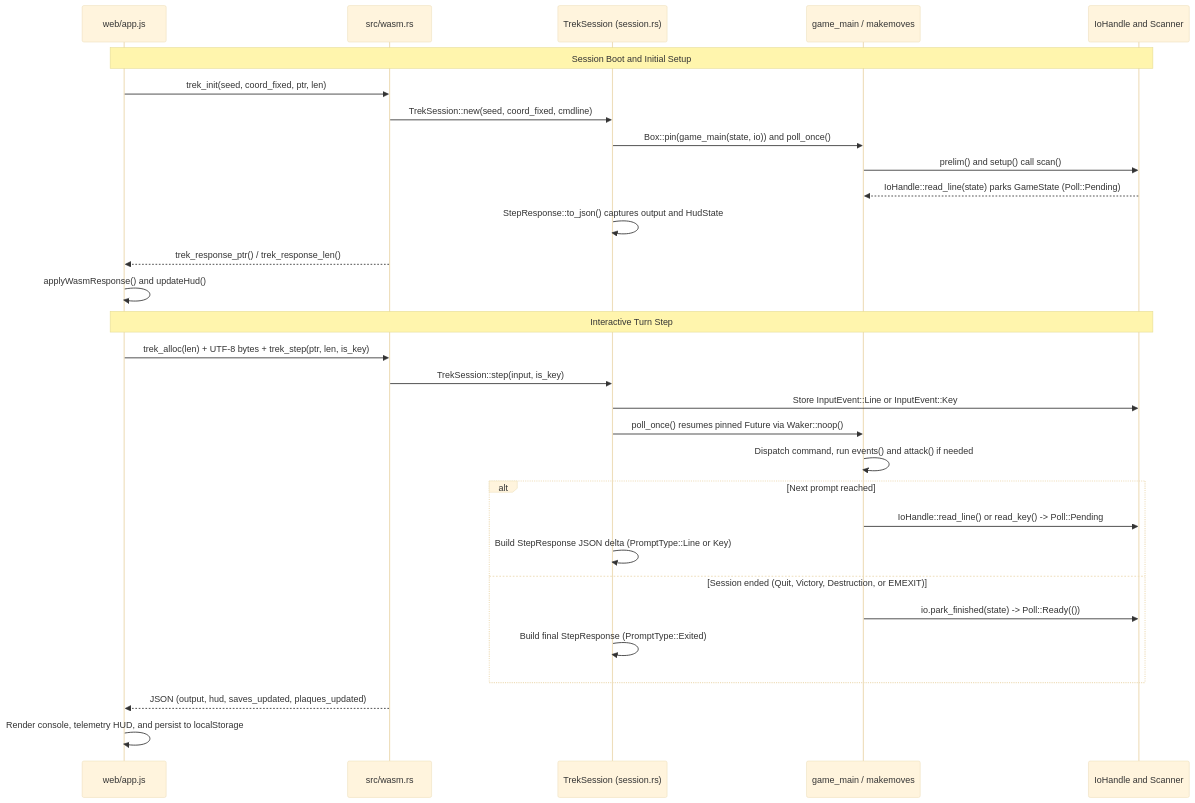
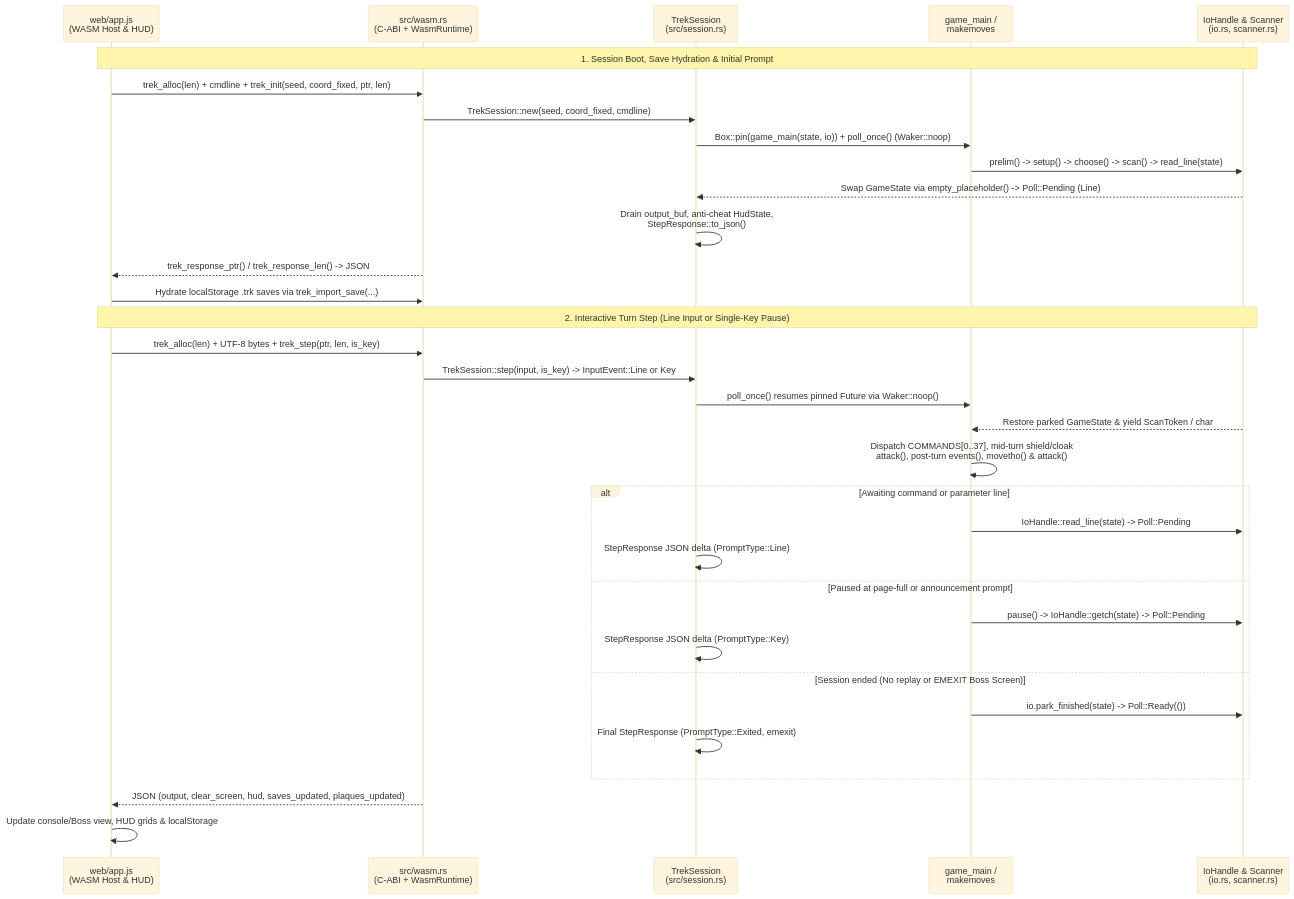
Before and after one commit to nbrandaleone/trek: the third of 5 diagrams in docs/architecture.md, drawn with Mermaid (base theme). The commit also changed other lines of this file and 2 other files, not shown here.

Commit message:
improved architecture diagram

````diff
--- a/docs/architecture.md
+++ b/docs/architecture.md
@@ -110,34 +137,37 @@
 ```mermaid
 sequenceDiagram
-    participant Browser as web/app.js
-    participant ABI as src/wasm.rs
-    participant Session as TrekSession (session.rs)
-    participant Future as game_main / makemoves
-    participant IO as IoHandle and Scanner
+    participant Browser as web/app.js<br/>(WASM Host & HUD)
+    participant ABI as src/wasm.rs<br/>(C-ABI + WasmRuntime)
+    participant Session as TrekSession<br/>(src/session.rs)
+    participant Future as game_main /<br/>makemoves
+    participant IO as IoHandle & Scanner<br/>(io.rs, scanner.rs)
 
-    Note over Browser,IO: Session Boot and Initial Setup
-    Browser->>ABI: trek_init(seed, coord_fixed, ptr, len)
+    Note over Browser,IO: 1. Session Boot, Save Hydration & Initial Prompt
+    Browser->>ABI: trek_alloc(len) + cmdline + trek_init(seed, coord_fixed, ptr, len)
     ABI->>Session: TrekSession::new(seed, coord_fixed, cmdline)
-    Session->>Future: Box::pin(game_main(state, io)) and poll_once()
-    Future->>IO: prelim() and setup() call scan()
-    IO-->>Future: IoHandle::read_line(state) parks GameState (Poll::Pending)
-    Session->>Session: StepResponse::to_json() captures output and HudState
-    ABI-->>Browser: trek_response_ptr() / trek_response_len()
-    Browser->>Browser: applyWasmResponse() and updateHud()
+    Session->>Future: Box::pin(game_main(state, io)) + poll_once() (Waker::noop)
+    Future->>IO: prelim() -> setup() -> choose() -> scan() -> read_line(state)
+    IO-->>Session: Swap GameState via empty_placeholder() -> Poll::Pending (Line)
+    Session->>Session: Drain output_buf, anti-cheat HudState,<br/>StepResponse::to_json()
+    ABI-->>Browser: trek_response_ptr() / trek_response_len() -> JSON
+    Browser->>ABI: Hydrate localStorage .trk saves via trek_import_save(...)
 
-    Note over Browser,IO: Interactive Turn Step
+    Note over Browser,IO: 2. Interactive Turn Step (Line Input or Single-Key Pause)
     Browser->>ABI: trek_alloc(len) + UTF-8 bytes + trek_step(ptr, len, is_key)
-    ABI->>Session: TrekSession::step(input, is_key)
-    Session->>IO: Store InputEvent::Line or InputEvent::Key
+    ABI->>Session: TrekSession::step(input, is_key) -> InputEvent::Line or Key
     Session->>Future: poll_once() resumes pinned Future via Waker::noop()
-    Future->>Future: Dispatch command, run events() and attack() if needed
-    alt Next prompt reached
-        Future->>IO: IoHandle::read_line() or read_key() -> Poll::Pending
-        Session->>Session: Build StepResponse JSON delta (PromptType::Line or Key)
-    else Session ended (Quit, Victory, Destruction, or EMEXIT)
+    IO-->>Future: Restore parked GameState & yield ScanToken / char
+    Future->>Future: Dispatch COMMANDS[0..37], mid-turn shield/cloak<br/>attack(), post-turn events(), movetho() & attack()
+    alt Awaiting command or parameter line
+        Future->>IO: IoHandle::read_line(state) -> Poll::Pending
+        Session->>Session: StepResponse JSON delta (PromptType::Line)
+    else Paused at page-full or announcement prompt
+        Future->>IO: pause() -> IoHandle::getch(state) -> Poll::Pending
+        Session->>Session: StepResponse JSON delta (PromptType::Key)
+    else Session ended (No replay or EMEXIT Boss Screen)
         Future->>IO: io.park_finished(state) -> Poll::Ready(())
-        Session->>Session: Build final StepResponse (PromptType::Exited)
+        Session->>Session: Final StepResponse (PromptType::Exited, emexit)
     end
-    ABI-->>Browser: JSON (output, hud, saves_updated, plaques_updated)
-    Browser->>Browser: Render console, telemetry HUD, and persist to localStorage
+    ABI-->>Browser: JSON (output, clear_screen, hud, saves_updated, plaques_updated)
+    Browser->>Browser: Update console/Boss view, HUD grids & localStorage
 ```
````
